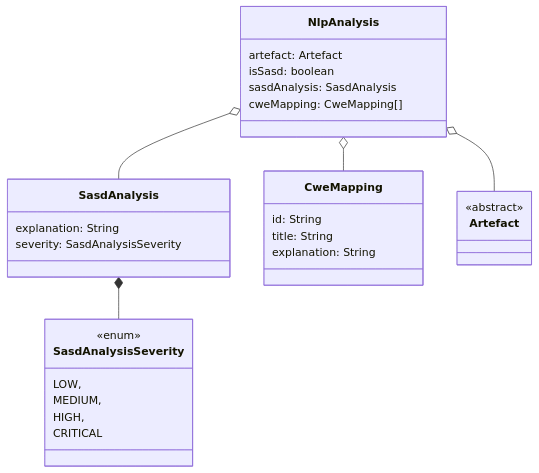
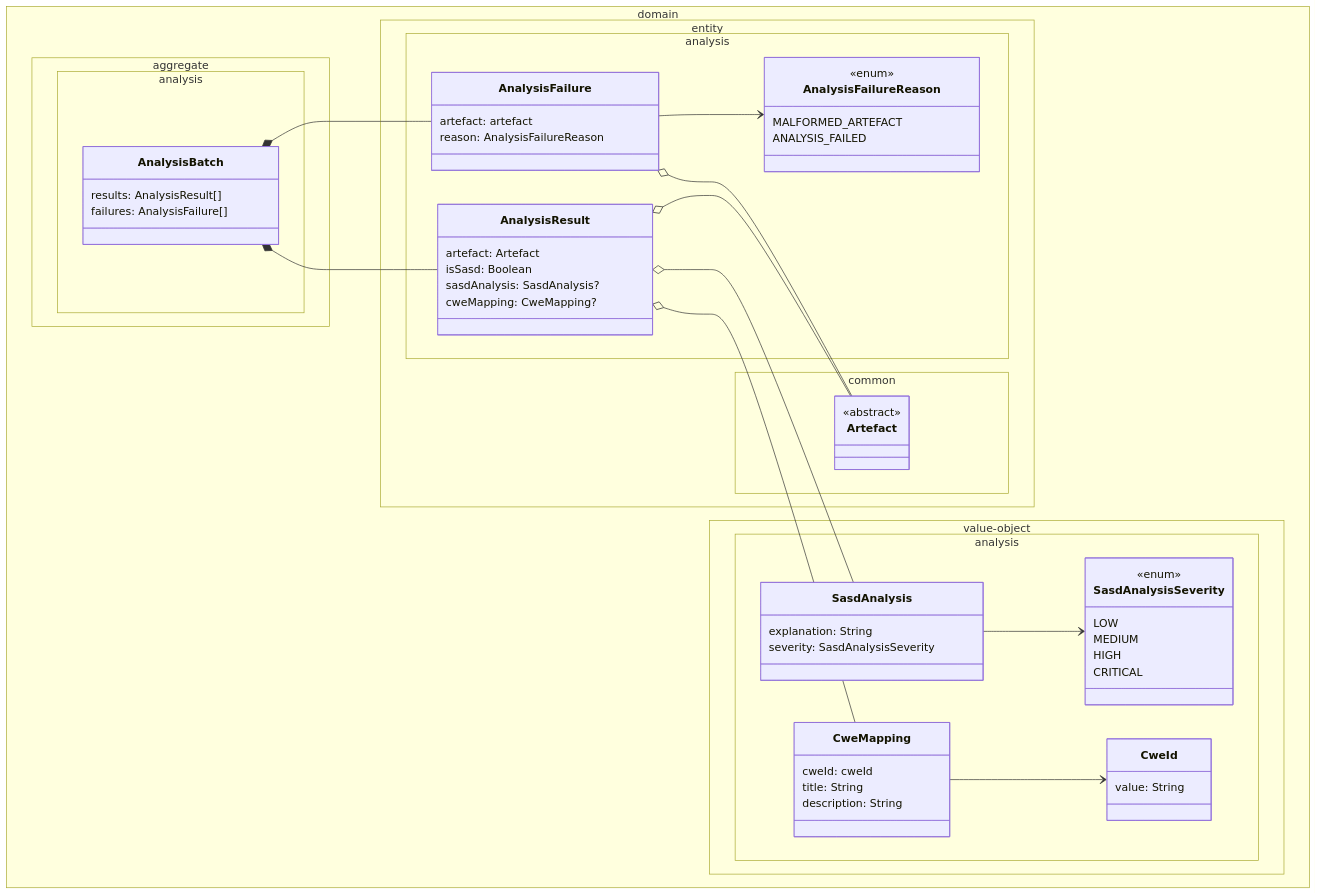
The second of 2 diagrams in docs/entities.md (BHarris02/SASD-Detection-Tool), drawn with Mermaid before and after one commit.

Commit message:
feat(docs): update nlp entity diagram

````diff
--- a/docs/entities.md
+++ b/docs/entities.md
@@ -55,34 +55,76 @@
 ```mermaid
 classDiagram
-    class SasdAnalysisSeverity {
-        <<enum>>
-        LOW,
-        MEDIUM,
-        HIGH,
-        CRITICAL
-    }
-    class SasdAnalysis {
-        explanation: String
-        severity: SasdAnalysisSeverity
-    }
-    class CweMapping {
-        id: String
-        title: String
-        explanation: String
-    }
-    class Artefact {
-        <<abstract>>
-    }
-    class NlpAnalysis {
-        artefact: Artefact
-        isSasd: boolean
-        sasdAnalysis: SasdAnalysis
-        cweMapping: CweMapping[]
+
+    namespace domain.aggregate.analysis {
+        class AnalysisBatch {
+            results: AnalysisResult[]
+            failures: AnalysisFailure[]
+        }
     }
 
-NlpAnalysis o-- SasdAnalysis
-NlpAnalysis o-- CweMapping
-NlpAnalysis o-- Artefact
+    namespace domain.entity.analysis {
 
-SasdAnalysis *-- SasdAnalysisSeverity
+        class AnalysisFailureReason {
+            <<enum>>
+            MALFORMED_ARTEFACT
+            ANALYSIS_FAILED
+        }
+
+        class AnalysisFailure {
+            artefact: artefact
+            reason: AnalysisFailureReason
+        }
+
+        class AnalysisResult {
+            artefact: Artefact
+            isSasd: Boolean
+            sasdAnalysis: SasdAnalysis?
+            cweMapping: CweMapping?
+        }
+    }
+
+    namespace domain.entity.common {
+        class Artefact {
+            <<abstract>>
+        }
+    }
+
+    namespace domain.value-object.analysis {
+
+        class SasdAnalysisSeverity {
+            <<enum>>
+            LOW
+            MEDIUM
+            HIGH
+            CRITICAL
+        }
+
+        class SasdAnalysis {
+            explanation: String
+            severity: SasdAnalysisSeverity
+        }
+
+        class CweId {
+            value: String
+        }
+
+        class CweMapping {
+            cweId: cweId
+            title: String
+            description: String
+        }
+    }
+
+SasdAnalysis --> SasdAnalysisSeverity
+CweMapping --> CweId
+
+AnalysisFailure o-- Artefact
+AnalysisFailure --> AnalysisFailureReason
+
+AnalysisResult o-- Artefact
+AnalysisResult o-- SasdAnalysis
+AnalysisResult o-- CweMapping
+
+AnalysisBatch *-- AnalysisResult
+AnalysisBatch *-- AnalysisFailure
 ```
````
